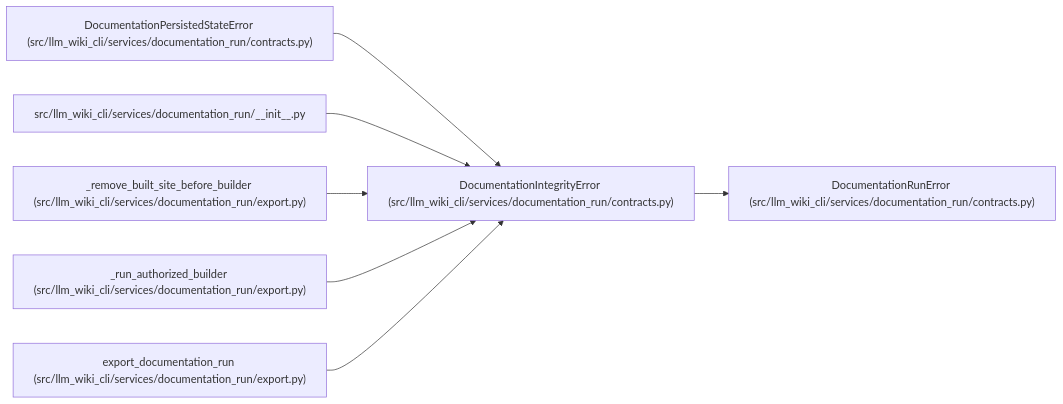
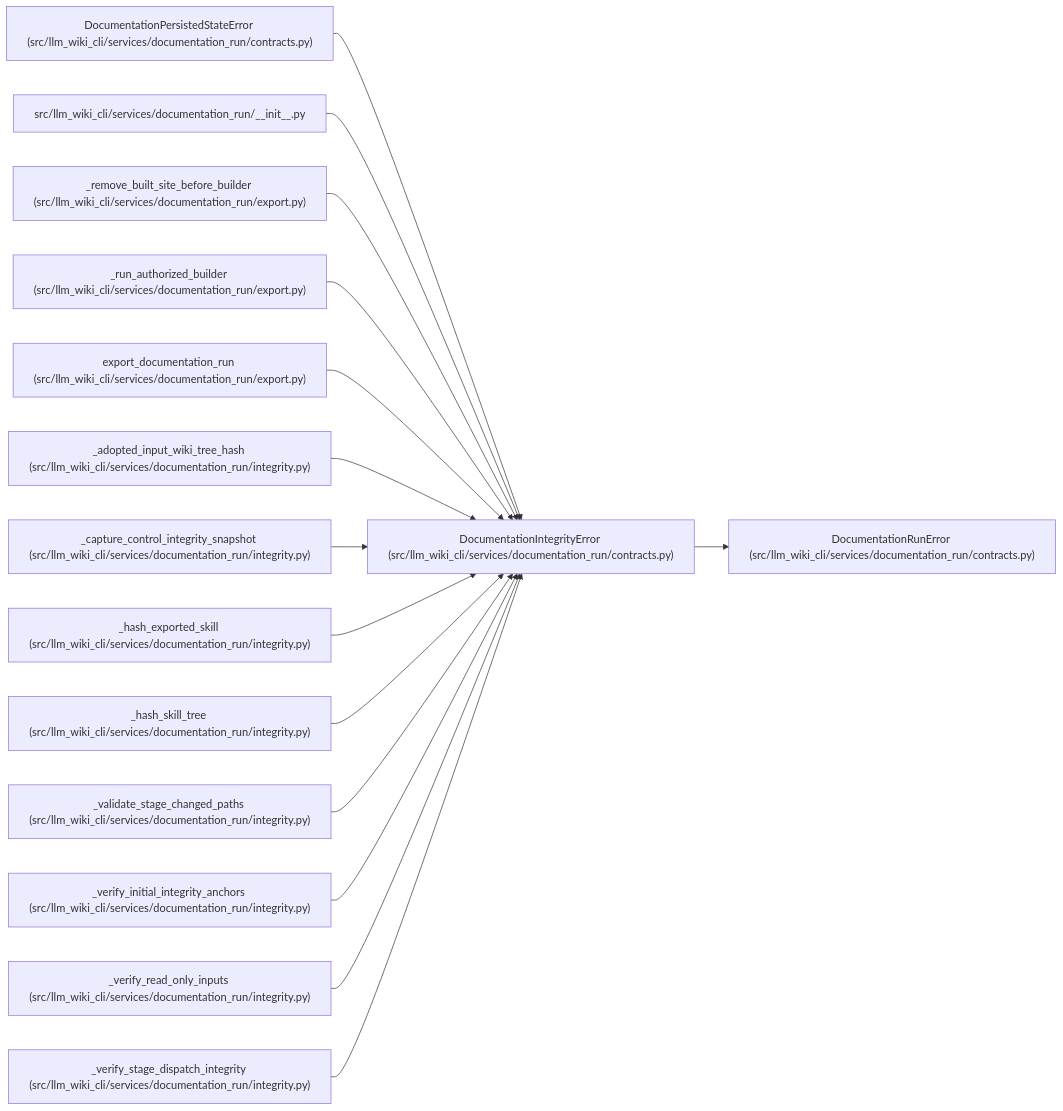
One commit to Denissvgn/python-wiki-llm changed the diagram in docs/llm_wiki/entities/DocumentationIntegrityError.md. Above: the diagram before and after it, drawn with Mermaid. The commit also changed other lines of this file and 493 other files, not shown here.

````diff
--- a/docs/llm_wiki/entities/DocumentationIntegrityError.md
+++ b/docs/llm_wiki/entities/DocumentationIntegrityError.md
@@ -23,23 +23,47 @@
 ```mermaid
 flowchart LR
     n0["DocumentationIntegrityError (src/llm_wiki_cli/services/documentation_run/contracts.py)"]
     n1["DocumentationRunError (src/llm_wiki_cli/services/documentation_run/contracts.py)"]
     n2["DocumentationPersistedStateError (src/llm_wiki_cli/services/documentation_run/contracts.py)"]
     n3["src/llm_wiki_cli/services/documentation_run/__init__.py"]
     n4["_remove_built_site_before_builder (src/llm_wiki_cli/services/documentation_run/export.py)"]
     n5["_run_authorized_builder (src/llm_wiki_cli/services/documentation_run/export.py)"]
     n6["export_documentation_run (src/llm_wiki_cli/services/documentation_run/export.py)"]
+    n7["_adopted_input_wiki_tree_hash (src/llm_wiki_cli/services/documentation_run/integrity.py)"]
+    n8["_capture_control_integrity_snapshot (src/llm_wiki_cli/services/documentation_run/integrity.py)"]
+    n9["_hash_exported_skill (src/llm_wiki_cli/services/documentation_run/integrity.py)"]
+    n10["_hash_skill_tree (src/llm_wiki_cli/services/documentation_run/integrity.py)"]
+    n11["_validate_stage_changed_paths (src/llm_wiki_cli/services/documentation_run/integrity.py)"]
+    n12["_verify_initial_integrity_anchors (src/llm_wiki_cli/services/documentation_run/integrity.py)"]
+    n13["_verify_read_only_inputs (src/llm_wiki_cli/services/documentation_run/integrity.py)"]
+    n14["_verify_stage_dispatch_integrity (src/llm_wiki_cli/services/documentation_run/integrity.py)"]
     n0 --> n1
     n2 --> n0
     n3 --> n0
     n4 --> n0
     n5 --> n0
     n6 --> n0
+    n7 --> n0
+    n8 --> n0
+    n9 --> n0
+    n10 --> n0
+    n11 --> n0
+    n12 --> n0
+    n13 --> n0
+    n14 --> n0
     click n0 "../modules/documentation_run_contracts.md"
     click n1 "../modules/documentation_run_contracts.md"
     click n2 "../modules/documentation_run_contracts.md"
     click n3 "../modules/documentation_run___init__.md"
     click n4 "../modules/export.md"
     click n5 "../modules/export.md"
     click n6 "../modules/export.md"
+    click n7 "../modules/integrity.md"
+    click n8 "../modules/integrity.md"
+    click n9 "../modules/integrity.md"
+    click n10 "../modules/integrity.md"
+    click n11 "../modules/integrity.md"
+    click n12 "../modules/integrity.md"
+    click n13 "../modules/integrity.md"
+    click n14 "../modules/integrity.md"
 ```
````
